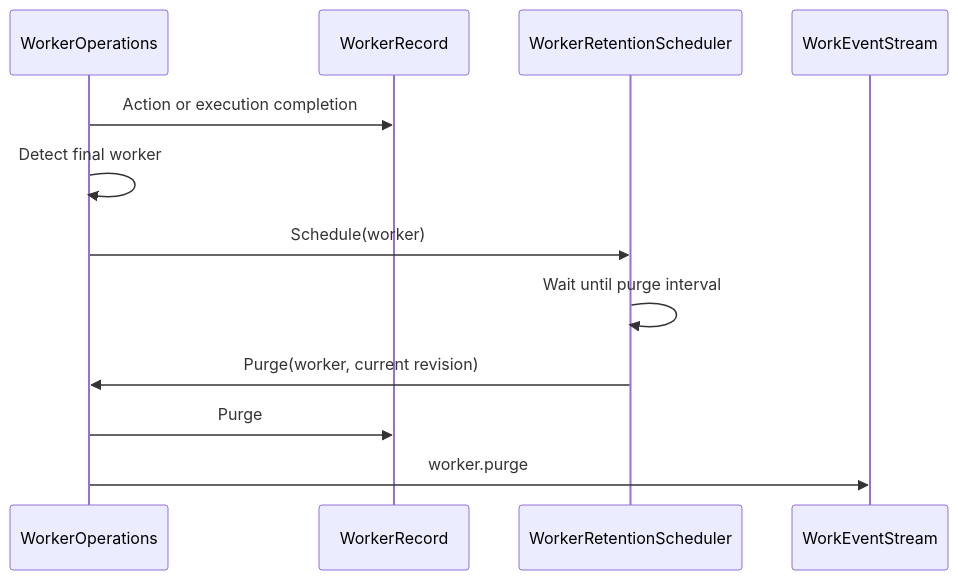
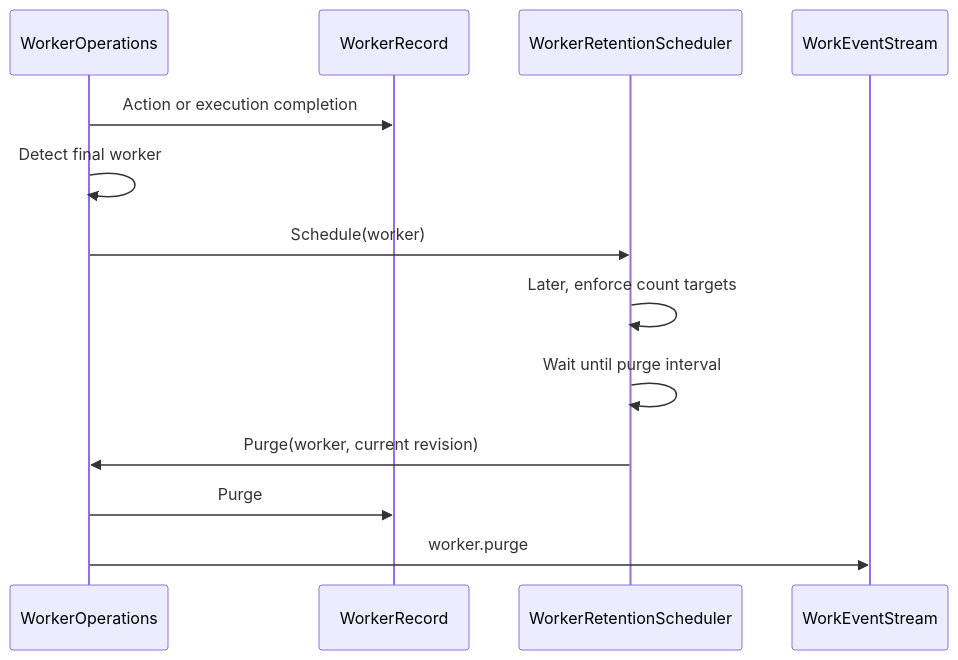
One commit to aliendomain/workable changed the fourth of 4 diagrams in docs/execution-engine.md. Above: the diagram before and after it, drawn with Mermaid. The commit also changed other lines of this file and 26 other files, not shown here.

First line of the commit message:
Add retention count targets and tight queue sample

````diff
--- a/docs/execution-engine.md
+++ b/docs/execution-engine.md
@@ -148,15 +148,16 @@
 ```mermaid
 sequenceDiagram
     participant Ops as WorkerOperations
     participant Record as WorkerRecord
     participant Retention as WorkerRetentionScheduler
     participant Events as WorkEventStream
 
     Ops->>Record: Action or execution completion
     Ops->>Ops: Detect final worker
     Ops->>Retention: Schedule(worker)
+    Retention->>Retention: Later, enforce count targets
     Retention->>Retention: Wait until purge interval
     Retention->>Ops: Purge(worker, current revision)
     Ops->>Record: Purge
     Ops->>Events: worker.purge
 ```
````
